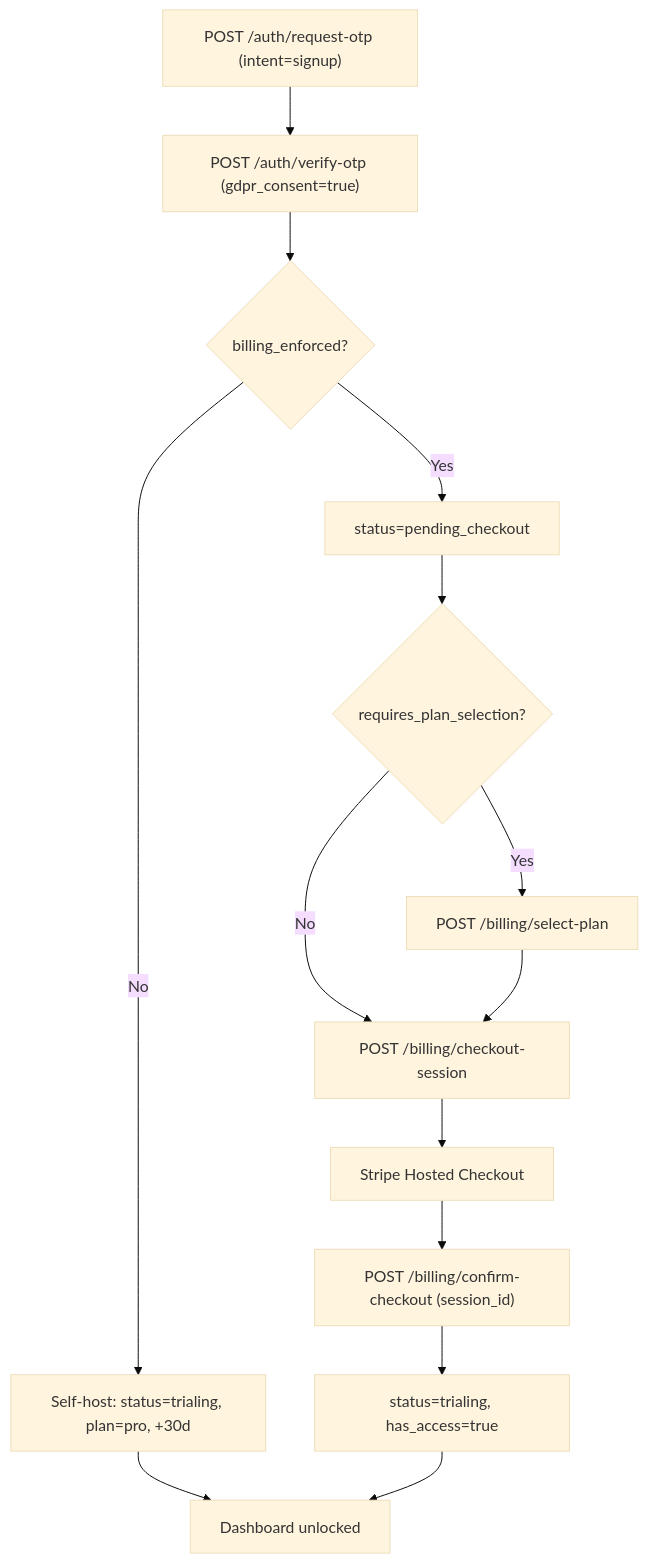
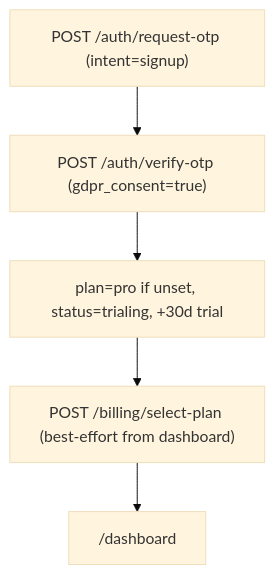
The fourth of 5 diagrams in dashboard/DASHBOARD_KNOWLEDGE_BASE.md (Subhajitdas99/ZizkaDB), drawn with Mermaid (base theme) before and after one commit. The commit also changed other lines of this file and 30 other files, not shown here.

First line of the commit message:
Remove Stripe billing and simplify signup to plan-trial flow. (#23)

````diff
--- a/dashboard/DASHBOARD_KNOWLEDGE_BASE.md
+++ b/dashboard/DASHBOARD_KNOWLEDGE_BASE.md
@@ -667,16 +623,7 @@
 ```mermaid
 flowchart TD
     A["POST /auth/request-otp (intent=signup)"] --> B["POST /auth/verify-otp (gdpr_consent=true)"]
-    B --> C{billing_enforced?}
-    C -->|No| D["Self-host: status=trialing, plan=pro, +30d"]
-    C -->|Yes| E["status=pending_checkout"]
-    E --> F{requires_plan_selection?}
-    F -->|Yes| G["POST /billing/select-plan"]
-    F -->|No| H["POST /billing/checkout-session"]
-    G --> H
-    H --> I["Stripe Hosted Checkout"]
-    I --> J["POST /billing/confirm-checkout (session_id)"]
-    J --> K["status=trialing, has_access=true"]
-    D --> L["Dashboard unlocked"]
-    K --> L
+    B --> C["plan=pro if unset, status=trialing, +30d trial"]
+    C --> D["POST /billing/select-plan (best-effort from dashboard)"]
+    D --> E["/dashboard"]
 ```
````
